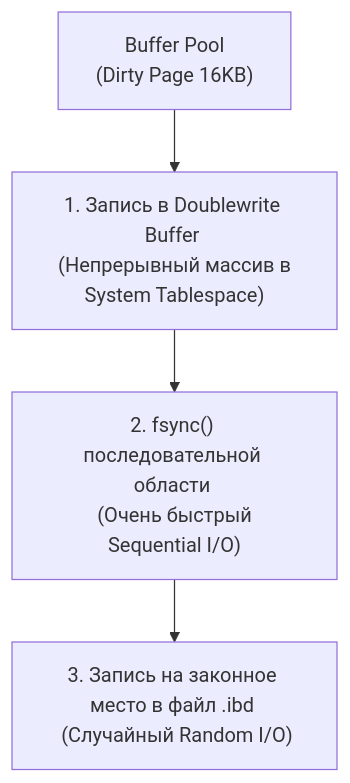
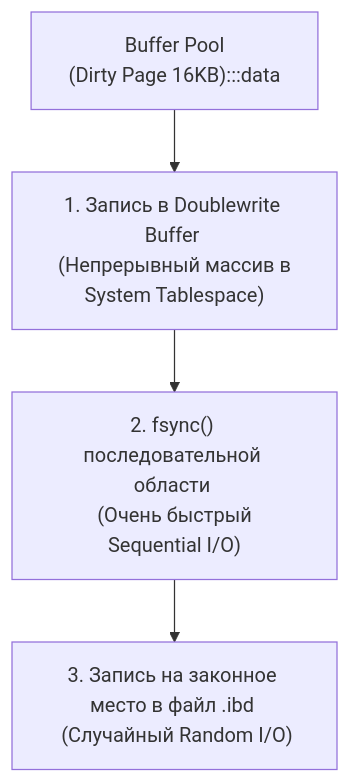
One commit to UnrealTemplier/go-textbook changed the fourth of 5 diagrams in sources/12. Базы данных/07. MySQL и форки/2. InnoDB storage engine.md. Above: the diagram before and after it, drawn with Mermaid. The commit also changed other lines of this file and 1666 other files, not shown here.

First line of the commit message:
feat(mermaid): add semantic color classDef to 1369 colorless flowchart/graph diagrams

````diff
--- a/sources/12. Базы данных/07. MySQL и форки/2. InnoDB storage engine.md
+++ b/sources/12. Базы данных/07. MySQL и форки/2. InnoDB storage engine.md
@@ -151,6 +181,16 @@
 ```mermaid
 flowchart TD
-    BP["Buffer Pool <br> (Dirty Page 16KB)"] --> DW["1. Запись в Doublewrite Buffer <br> (Непрерывный массив в System Tablespace)"]
+    classDef process  fill:#1e293b,stroke:#38bdf8,stroke-width:1px,color:#f8fafc
+    classDef success  fill:#064e3b,stroke:#34d399,stroke-width:1px,color:#f8fafc
+    classDef error    fill:#7f1d1d,stroke:#f87171,stroke-width:1px,color:#f8fafc
+    classDef warning  fill:#78350f,stroke:#fbbf24,stroke-width:1px,color:#f8fafc
+    classDef entry    fill:#1e3a5f,stroke:#38bdf8,stroke-width:2px,color:#f8fafc
+    classDef aux      fill:#334155,stroke:#64748b,stroke-width:1px,color:#f8fafc
+    classDef system   fill:#312e81,stroke:#a78bfa,stroke-width:1px,color:#f8fafc
+    classDef data     fill:#132d29,stroke:#2dd4bf,stroke-width:1px,color:#f8fafc
+    classDef network  fill:#881337,stroke:#fb7185,stroke-width:1px,color:#f8fafc
+    classDef accent   fill:#1e1b4b,stroke:#818cf8,stroke-width:1px,color:#f8fafc
+    BP["Buffer Pool <br> (Dirty Page 16KB):::data"] --> DW["1. Запись в Doublewrite Buffer <br> (Непрерывный массив в System Tablespace)"]
     DW --> F1["2. fsync() последовательной области <br> (Очень быстрый Sequential I/O)"]
     F1 --> Final["3. Запись на законное место в файл .ibd <br> (Случайный Random I/O)"]
 ```
````
